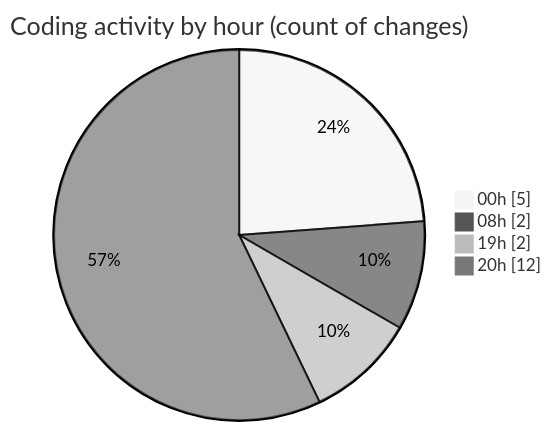
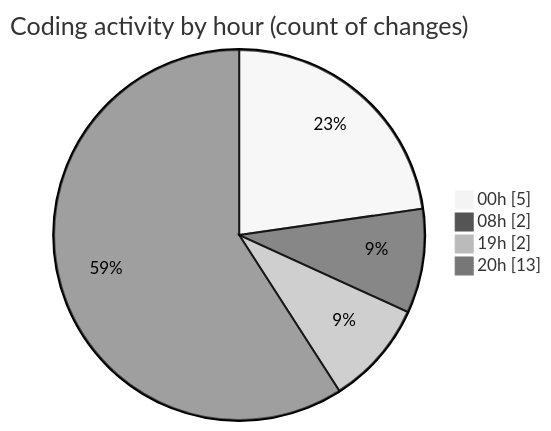
One commit to Elitesun/code-tracking changed the second of 2 diagrams in 2025-04-01/product-detail-page/README.md. Above: the diagram before and after it, drawn with Mermaid (neutral theme). The commit also changed other lines of this file and 1 other file, not shown here.

````diff
--- a/2025-04-01/product-detail-page/README.md
+++ b/2025-04-01/product-detail-page/README.md
@@ -35,8 +35,8 @@
 ```mermaid
 pie showData
 title Coding activity by hour (count of changes)
 "00h" : 5
 "08h" : 2
 "19h" : 2
-"20h" : 12
+"20h" : 13
 ```
````
